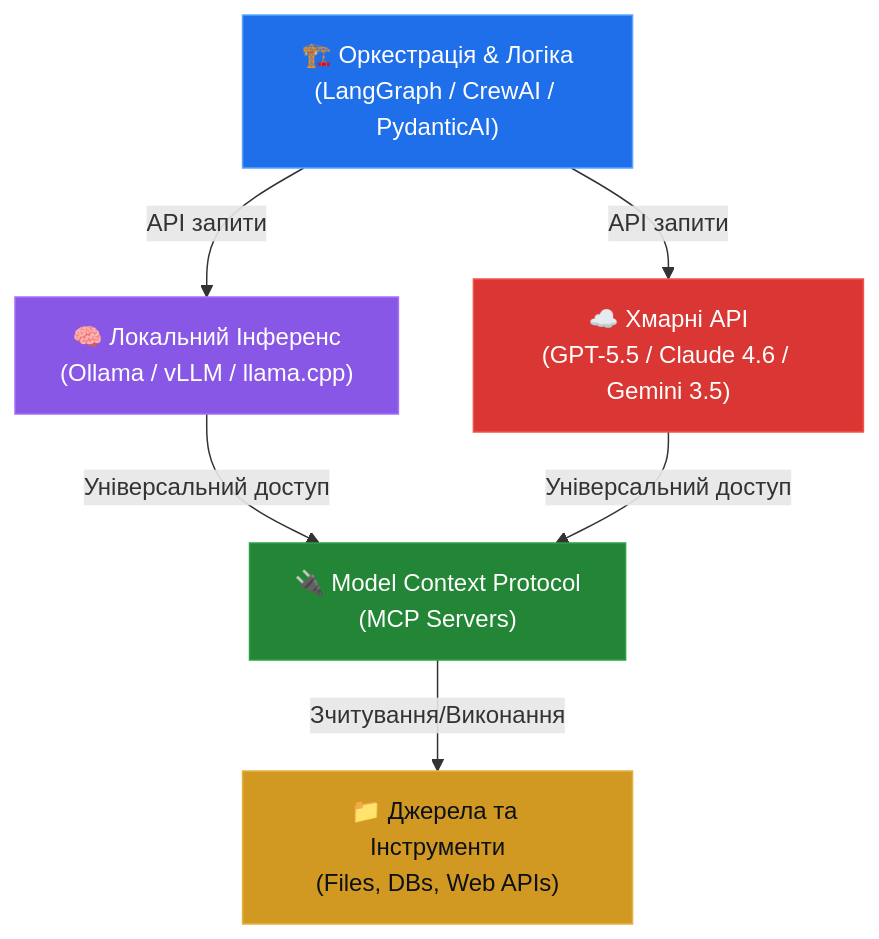
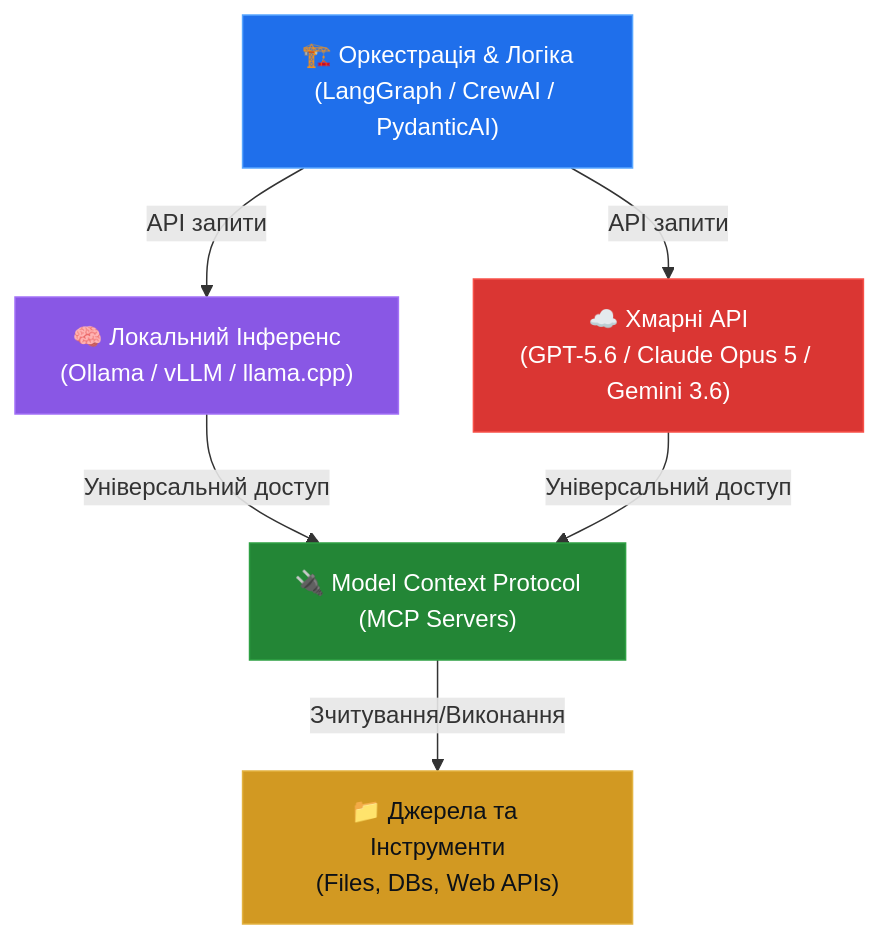
One commit to weby-homelab/ai changed the second of 2 diagrams in README.md. Above: the diagram before and after it, drawn with Mermaid. The commit also changed other lines of this file and 5 other files, not shown here.

First line of the commit message:
fix(docs): update cloud API models to actual August 2026 lineup (#135)

````diff
--- a/README.md
+++ b/README.md
@@ -122,20 +122,20 @@
 ```mermaid
 flowchart TD
     ORCH["🏗️ Оркестрація & Логіка\n(LangGraph / CrewAI / PydanticAI)"]
     LOCAL["🧠 Локальний Інференс\n(Ollama / vLLM / llama.cpp)"]
-    CLOUD["☁️ Хмарні API\n(GPT-5.5 / Claude 4.6 / Gemini 3.5)"]
+    CLOUD["☁️ Хмарні API\n(GPT-5.6 / Claude Opus 5 / Gemini 3.6)"]
     MCP["🔌 Model Context Protocol\n(MCP Servers)"]
     RES["📁 Джерела та Інструменти\n(Files, DBs, Web APIs)"]
 
     ORCH -->|API запити| LOCAL
     ORCH -->|API запити| CLOUD
     LOCAL -->|Універсальний доступ| MCP
     CLOUD -->|Універсальний доступ| MCP
     MCP -->|Зчитування/Виконання| RES
 
     style ORCH fill:#1f6feb,stroke:#58a6ff,color:#ffffff
     style LOCAL fill:#8957e5,stroke:#a371f7,color:#ffffff
     style CLOUD fill:#da3633,stroke:#f85149,color:#ffffff
     style MCP fill:#238636,stroke:#2ea043,color:#ffffff
     style RES fill:#d29922,stroke:#e3b341,color:#0d1117
 ```
````
